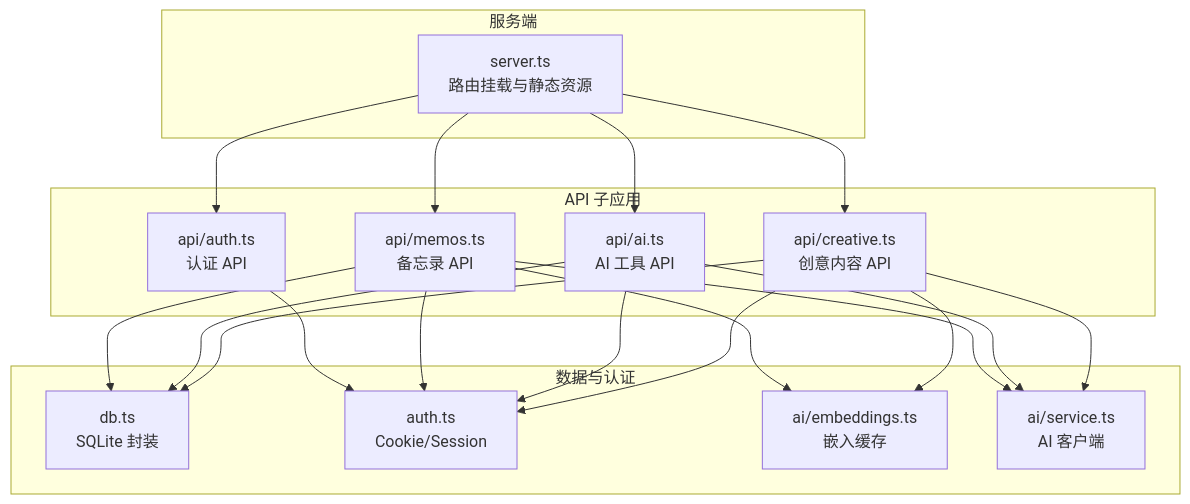
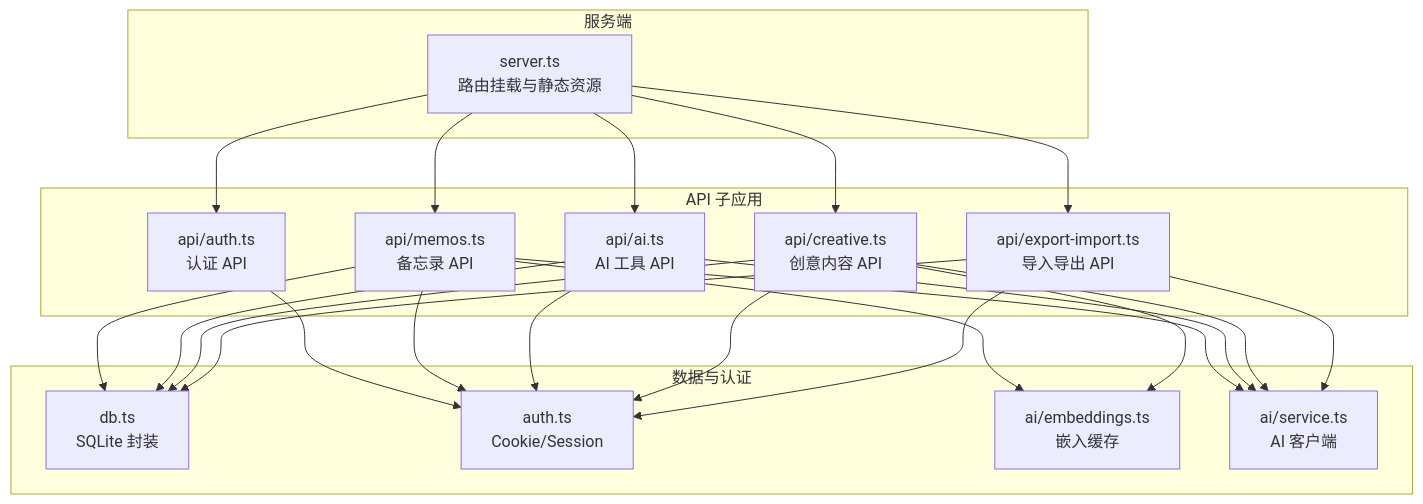
One commit to BlackBoxRecorder/memos changed the first of 3 diagrams in .qoder/repowiki/zh/content/API 接口文档/API 接口文档.md. Above: the diagram before and after it, drawn with Mermaid. The commit also changed other lines of this file and 10 other files, not shown here.

````diff
--- a/.qoder/repowiki/zh/content/API 接口文档/API 接口文档.md
+++ b/.qoder/repowiki/zh/content/API 接口文档/API 接口文档.md
@@ -41,34 +50,39 @@
 ```mermaid
 graph TB
 subgraph "服务端"
 S["server.ts<br/>路由挂载与静态资源"]
 end
 subgraph "API 子应用"
 A["api/auth.ts<br/>认证 API"]
 M["api/memos.ts<br/>备忘录 API"]
 AI["api/ai.ts<br/>AI 工具 API"]
 C["api/creative.ts<br/>创意内容 API"]
+EI["api/export-import.ts<br/>导入导出 API"]
 end
 subgraph "数据与认证"
 D["db.ts<br/>SQLite 封装"]
 AU["auth.ts<br/>Cookie/Session"]
 EMB["ai/embeddings.ts<br/>嵌入缓存"]
 AIS["ai/service.ts<br/>AI 客户端"]
 end
 S --> A
 S --> M
 S --> AI
 S --> C
+S --> EI
 M --> D
 M --> EMB
 M --> AIS
 AI --> AIS
 AI --> D
 C --> AIS
 C --> D
 C --> EMB
+EI --> D
+EI --> AIS
 A --> AU
 M --> AU
 AI --> AU
 C --> AU
+EI --> AU
 ```
````
